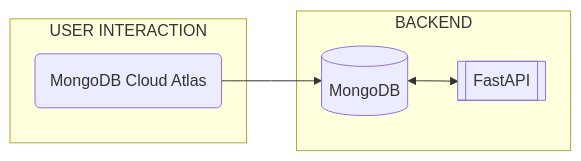
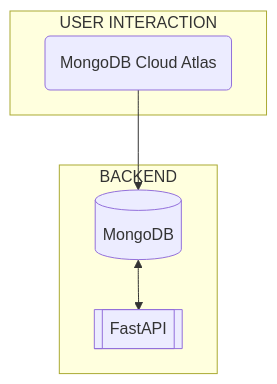
The diagram in diagrams/automation_framework.md (jnaranjom/iac_network_deployment), drawn with Mermaid before and after one commit.

````diff
--- a/diagrams/automation_framework.md
+++ b/diagrams/automation_framework.md
@@ -1,12 +1,12 @@
 ```mermaid
-flowchart LR
+flowchart TB
     A[(MongoDB)]
     B[[FastAPI]]
     C(MongoDB Cloud Atlas)
     subgraph BACKEND
         A <--> B
     end
     subgraph USER INTERACTION
         C --> A
     end
 ```
````
